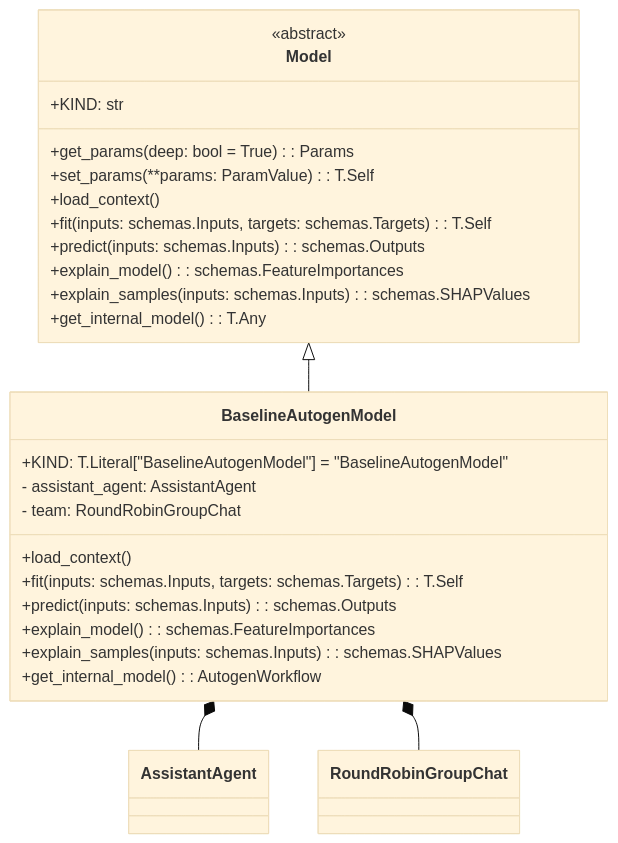
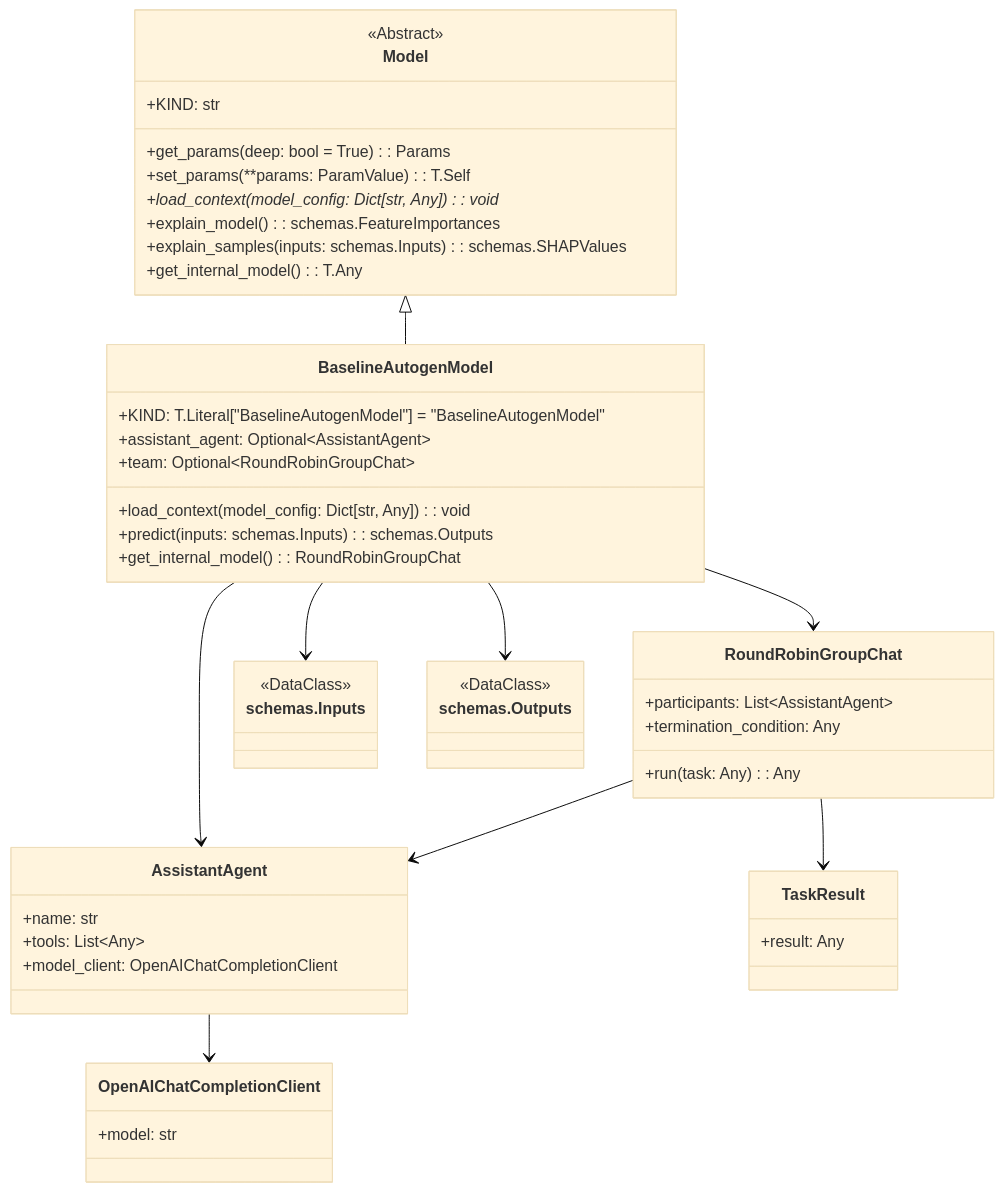
One commit to lgcorzo/llmops-python-package changed the diagram in Documents/Models_stories.md. Above: the diagram before and after it, drawn with Mermaid (base theme). The commit also changed other lines of this file and 1 other file, not shown here.

Commit message:
doc: model  US updated

````diff
--- a/Documents/Models_stories.md
+++ b/Documents/Models_stories.md
@@ -14,36 +19,61 @@
 ```mermaid
 classDiagram
-    %% Abstract Base Class
     class Model {
-        <<abstract>>
+        <<Abstract>>
         +KIND: str
         +get_params(deep: bool = True): Params
         +set_params(**params: ParamValue): T.Self
-        +load_context()
-        +fit(inputs: schemas.Inputs, targets: schemas.Targets): T.Self
-        +predict(inputs: schemas.Inputs): schemas.Outputs
+        +load_context(model_config: Dict[str, Any])*: void
         +explain_model(): schemas.FeatureImportances
         +explain_samples(inputs: schemas.Inputs): schemas.SHAPValues
         +get_internal_model(): T.Any
     }
 
-    %% Derived Class
     class BaselineAutogenModel {
         +KIND: T.Literal["BaselineAutogenModel"] = "BaselineAutogenModel"
-        - assistant_agent: AssistantAgent
-        - team: RoundRobinGroupChat
-        +load_context()
-        +fit(inputs: schemas.Inputs, targets: schemas.Targets): T.Self
+        +assistant_agent: Optional~AssistantAgent~
+        +team: Optional~RoundRobinGroupChat~
+        +load_context(model_config: Dict[str, Any]): void
         +predict(inputs: schemas.Inputs): schemas.Outputs
-        +explain_model(): schemas.FeatureImportances
-        +explain_samples(inputs: schemas.Inputs): schemas.SHAPValues
-        +get_internal_model(): AutogenWorkflow
+        +get_internal_model(): RoundRobinGroupChat
     }
 
-   %% Relationships
-    BaselineAutogenModel *-- AssistantAgent : 
-    BaselineAutogenModel *-- RoundRobinGroupChat : 
+    class AssistantAgent {
+        +name: str
+        +tools: List~Any~
+        +model_client: OpenAIChatCompletionClient
+    }
+
+    class RoundRobinGroupChat {
+        +participants: List~AssistantAgent~
+        +termination_condition: Any
+        +run(task: Any): Any
+    }
+
+    class OpenAIChatCompletionClient {
+        +model: str
+    }
+
+   
+    class schemas.Inputs {
+        <<DataClass>>
+    }
+
+    class schemas.Outputs {
+        <<DataClass>>
+    }
+
+    class TaskResult {
+        +result: Any
+    }
 
     Model <|-- BaselineAutogenModel
+    BaselineAutogenModel --> AssistantAgent
+    BaselineAutogenModel --> RoundRobinGroupChat
+    RoundRobinGroupChat --> AssistantAgent
+    AssistantAgent --> OpenAIChatCompletionClient
+    BaselineAutogenModel --> schemas.Outputs
+    BaselineAutogenModel --> schemas.Inputs
+    RoundRobinGroupChat --> TaskResult
 
 ```
````
